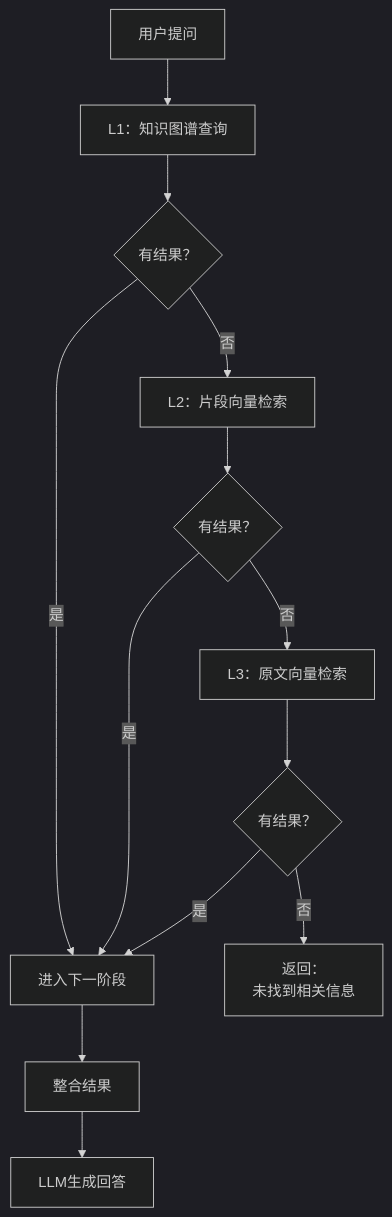
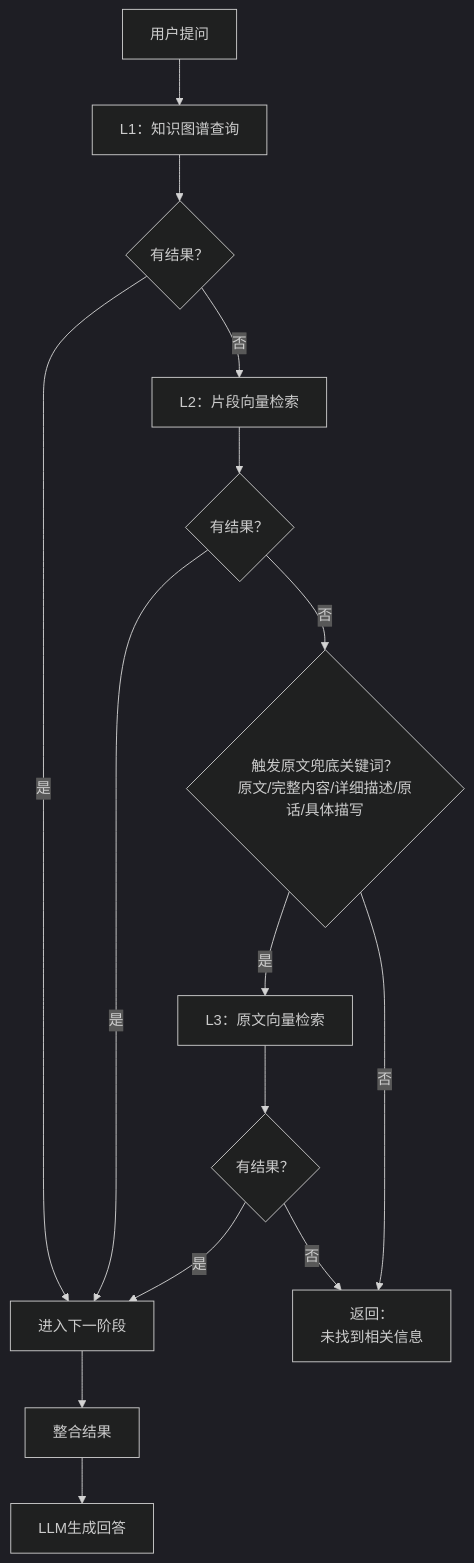
The third of 4 diagrams in README.md (TravelDaivd/novelAgent), drawn with Mermaid (dark theme) before and after one commit. The commit also changed other lines of this file, not shown here.

Commit message:
补充降级兜底机制中缺少的条件

````diff
--- a/README.md
+++ b/README.md
@@ -97,18 +96,21 @@
 ```mermaid
 flowchart TD
     Query[用户提问] --> L1[L1：知识图谱查询]
     L1 --> Check1{有结果？}
     Check1 -->|是| Done[进入下一阶段]
     Check1 -->|否| L2[L2：片段向量检索]
     
     L2 --> Check2{有结果？}
     Check2 -->|是| Done
-    Check2 -->|否| L3[L3：原文向量检索]
+    Check2 -->|否| KeywordCheck{触发原文兜底关键词？<br>原文/完整内容/详细描述/原话/具体描写}
+    
+    KeywordCheck -->|是| L3[L3：原文向量检索]
+    KeywordCheck -->|否| Fallback[返回：<br>未找到相关信息]
     
     L3 --> Check3{有结果？}
     Check3 -->|是| Done
-    Check3 -->|否| Fallback[返回：<br>未找到相关信息]
+    Check3 -->|否| Fallback
     
     Done --> Merge[整合结果]
     Merge --> Output[LLM生成回答]
 ```
````
